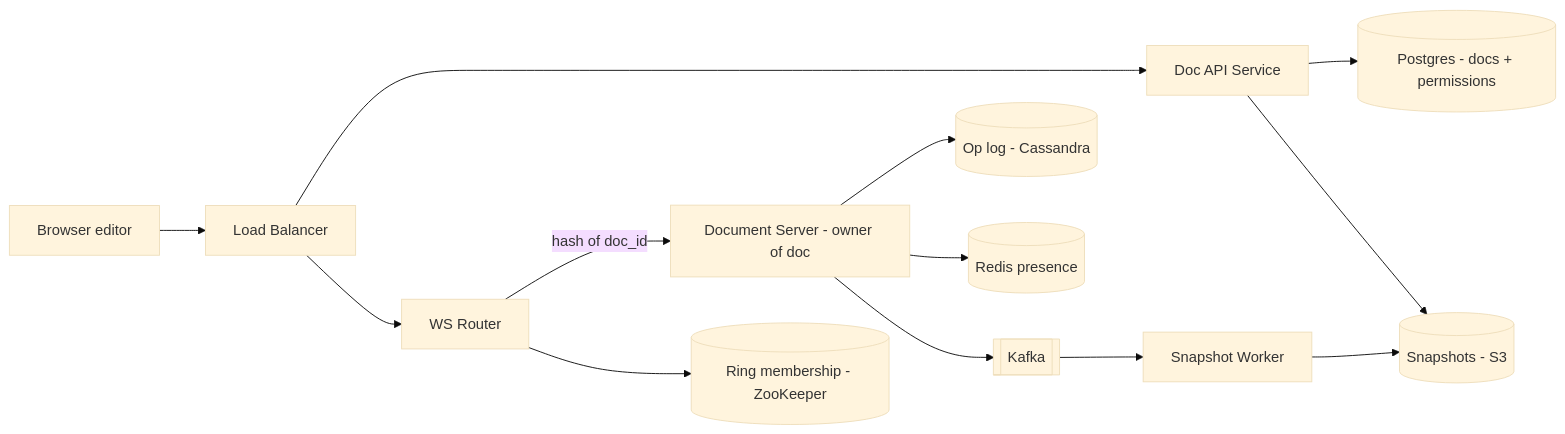
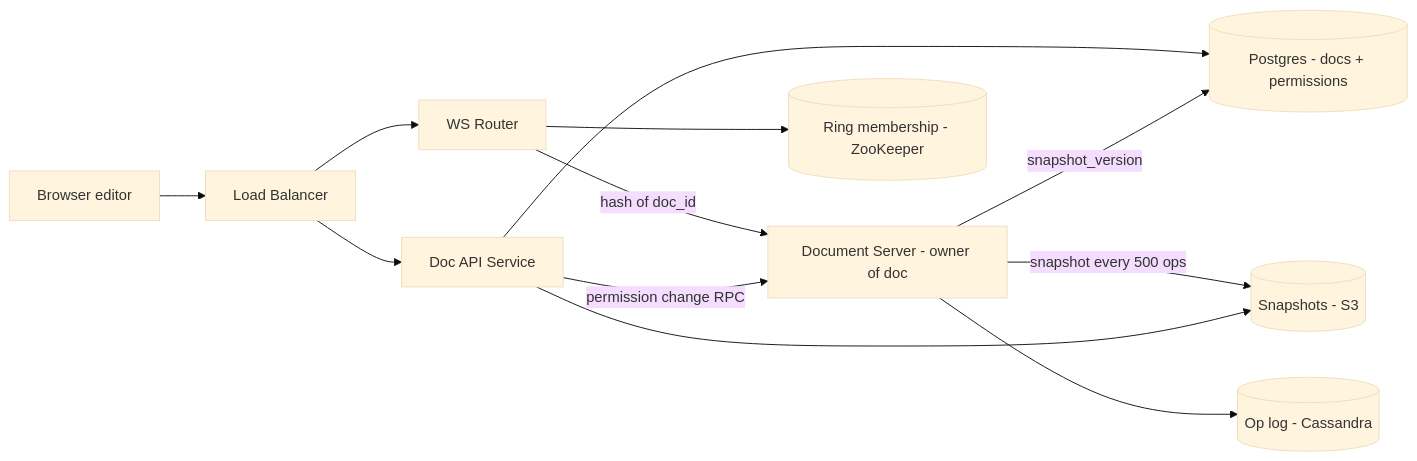
One commit to flow6979/system-design-prep changed the first of 2 diagrams in content-en/02-questions/t2-19-google-docs.md. Above: the diagram before and after it, drawn with Mermaid (base theme). The commit also changed other lines of this file and 61 other files, not shown here.

````diff
--- a/content-en/02-questions/t2-19-google-docs.md
+++ b/content-en/02-questions/t2-19-google-docs.md
@@ -83,15 +89,14 @@
 ```mermaid
 flowchart LR
   C["Browser editor"] --> LB["Load Balancer"]
   LB --> API["Doc API Service"]
   LB --> R["WS Router"]
   R -- "hash of doc_id" --> DS["Document Server - owner of doc"]
   R --> ZK[("Ring membership - ZooKeeper")]
   DS --> OL[("Op log - Cassandra")]
-  DS --> PR[("Redis presence")]
-  DS --> K[["Kafka"]]
-  K --> SN["Snapshot Worker"]
-  SN --> S3[("Snapshots - S3")]
+  DS -- "snapshot every 500 ops" --> S3[("Snapshots - S3")]
   API --> MD[("Postgres - docs + permissions")]
   API --> S3
+  DS -- "snapshot_version" --> MD
+  API -- "permission change RPC" --> DS
 ```
````
